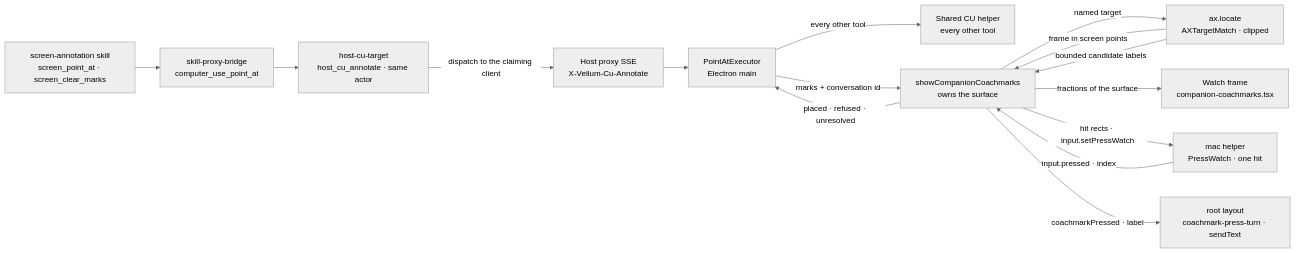
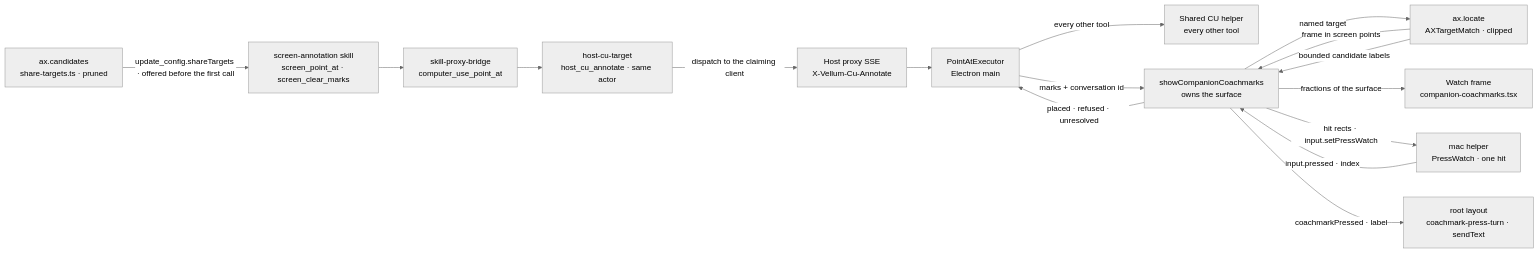
One commit to vellum-ai/vellum-assistant changed the sixth of 9 diagrams in ARCHITECTURE.md. Above: the diagram before and after it, drawn with Mermaid (neutral theme). The commit also changed other lines of this file and 25 other files, not shown here.

First line of the commit message:
feat(voice): offer the shared screen's AX names before the first point_at

````diff
--- a/ARCHITECTURE.md
+++ b/ARCHITECTURE.md
@@ -977,27 +979,28 @@
 ```mermaid
 graph LR
     SKILL["screen-annotation skill<br/>screen_point_at · screen_clear_marks"]
     BRIDGE["skill-proxy-bridge<br/>computer_use_point_at"]
     ROUTE["host-cu-target<br/>host_cu_annotate · same actor"]
     SSE["Host proxy SSE<br/>X-Vellum-Cu-Annotate"]
     EXEC["PointAtExecutor<br/>Electron main"]
     HELPER["Shared CU helper<br/>every other tool"]
     PAINT["showCompanionCoachmarks<br/>owns the surface"]
     LOCATE["ax.locate<br/>AXTargetMatch · clipped"]
     FRAME["Watch frame<br/>companion-coachmarks.tsx"]
 
+    CANDS["ax.candidates<br/>share-targets.ts · pruned"] -->|"update_config.shareTargets · offered before the first call"| SKILL
     SKILL --> BRIDGE
     BRIDGE --> ROUTE
     ROUTE -->|"dispatch to the claiming client"| SSE
     SSE --> EXEC
     EXEC -->|"every other tool"| HELPER
     EXEC -->|"marks + conversation id"| PAINT
     PAINT -->|"named target"| LOCATE
     LOCATE -->|"frame in screen points"| PAINT
     LOCATE -->|"bounded candidate labels"| PAINT
     PAINT -->|"fractions of the surface"| FRAME
     PAINT -->|"placed · refused · unresolved"| EXEC
     PAINT -->|"hit rects · input.setPressWatch"| PRESS["mac helper<br/>PressWatch · one hit"]
     PRESS -->|"input.pressed · index"| PAINT
     PAINT -->|"coachmarkPressed · label"| TURN["root layout<br/>coachmark-press-turn · sendText"]
 ```
````
